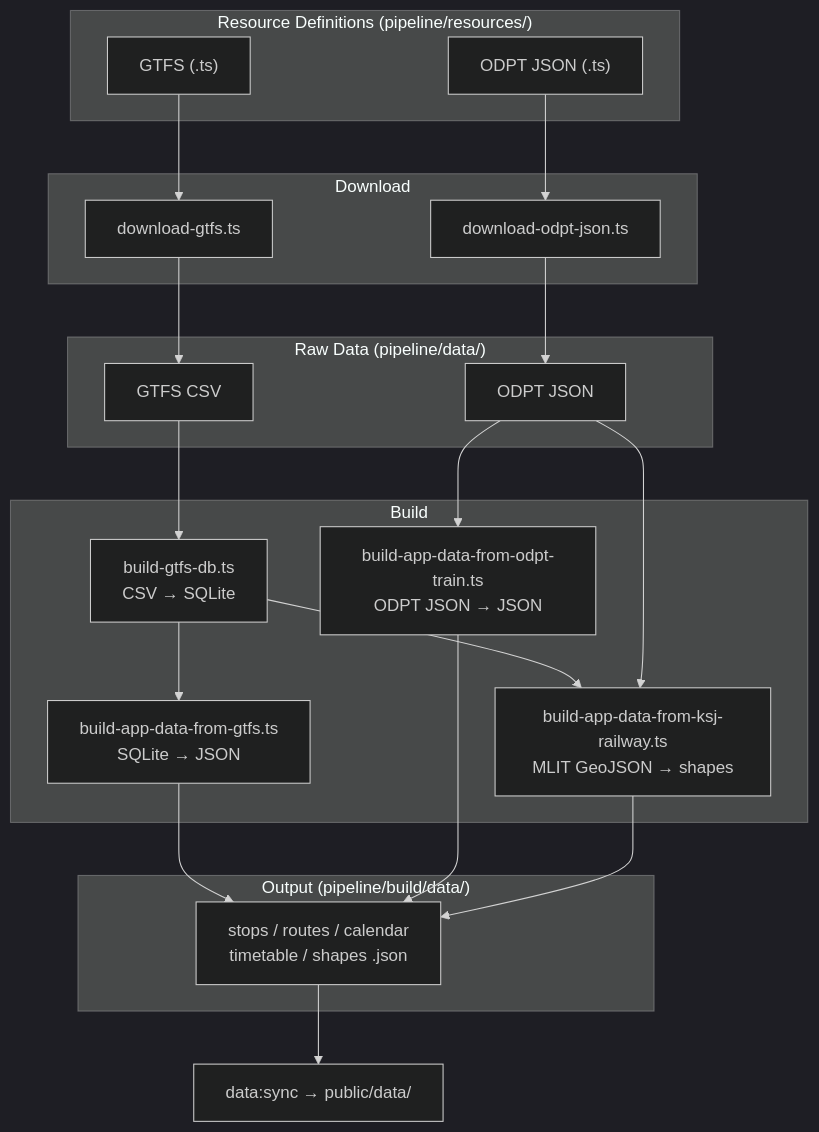
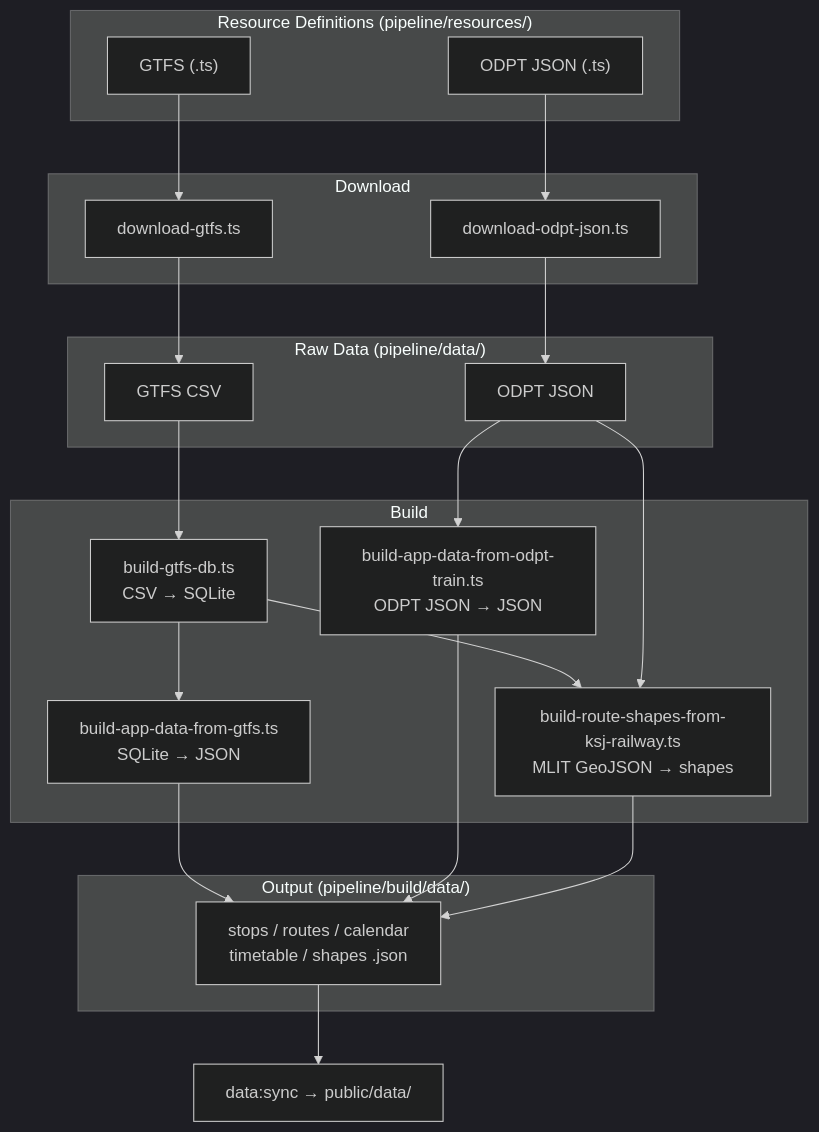
One commit to F88/athenai-transit changed the diagram in pipeline/README.md. Above: the diagram before and after it, drawn with Mermaid (dark theme). The commit also changed other lines of this file and 9 other files, not shown here.

First line of the commit message:
refactor(pipeline): rename KSJ shapes script for consistency

````diff
--- a/pipeline/README.md
+++ b/pipeline/README.md
@@ -58,33 +58,33 @@
 ```mermaid
 flowchart TD
     subgraph src["Resource Definitions (pipeline/resources/)"]
         GR["GTFS (.ts)"]
         OR["ODPT JSON (.ts)"]
     end
 
     subgraph dl["Download"]
         GR --> DG["download-gtfs.ts"]
         OR --> DO["download-odpt-json.ts"]
     end
 
     subgraph raw["Raw Data (pipeline/data/)"]
         DG --> CSV["GTFS CSV"]
         DO --> OJSON["ODPT JSON"]
     end
 
     subgraph build["Build"]
         CSV --> DB["build-gtfs-db.ts<br/>CSV → SQLite"]
         DB --> BJ["build-app-data-from-gtfs.ts<br/>SQLite → JSON"]
         OJSON --> BO["build-app-data-from-odpt-train.ts<br/>ODPT JSON → JSON"]
-        DB --> BS["build-app-data-from-ksj-railway.ts<br/>MLIT GeoJSON → shapes"]
+        DB --> BS["build-route-shapes-from-ksj-railway.ts<br/>MLIT GeoJSON → shapes"]
         OJSON --> BS
     end
 
     subgraph out["Output (pipeline/build/data/)"]
         BJ --> JSON["stops / routes / calendar<br/>timetable / shapes .json"]
         BO --> JSON
         BS --> JSON
     end
 
     JSON --> SYNC["data:sync → public/data/"]
 ```
````
